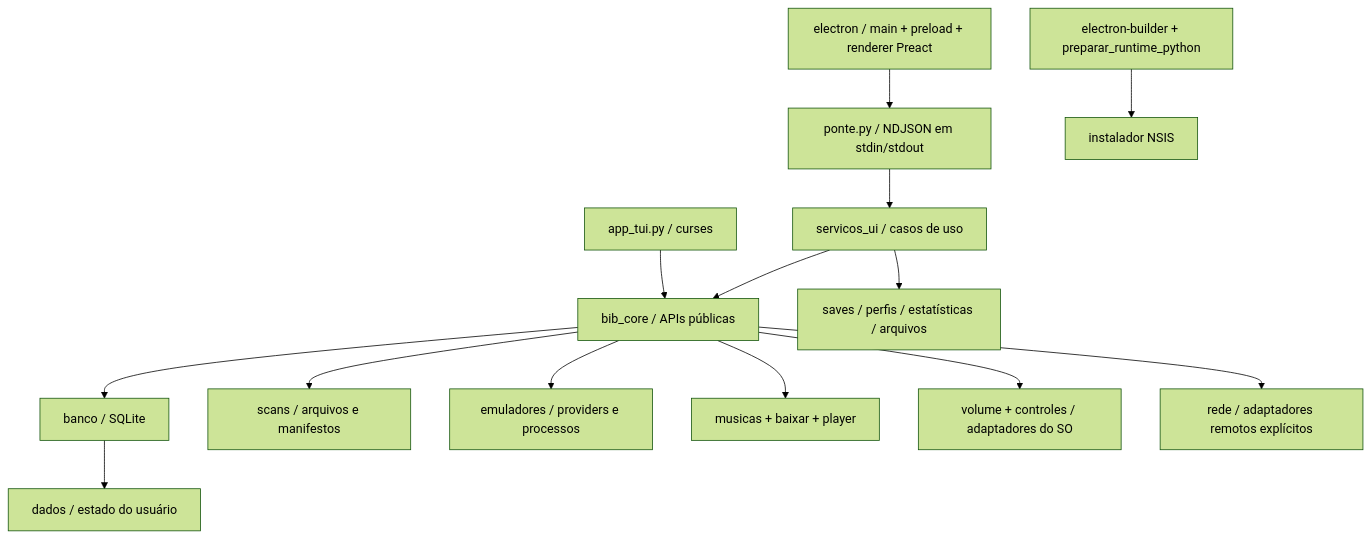
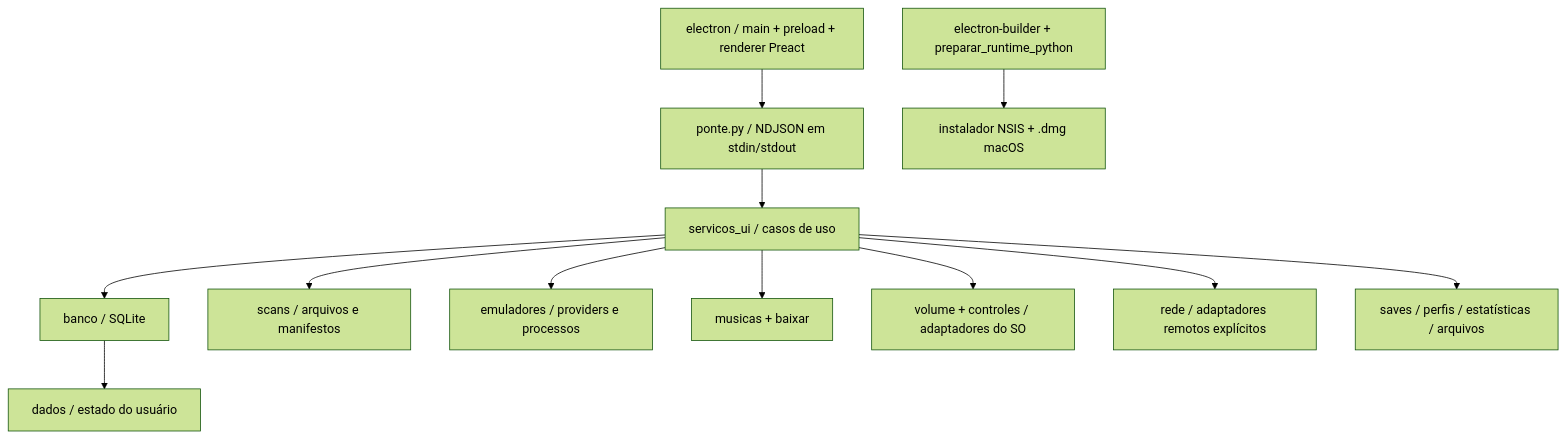
Before and after one commit to Artur-Lucena/TucoTeca: the diagram in docs/ARQUITETURA.md, drawn with Mermaid (forest theme). The commit also changed other lines of this file and 12 other files, not shown here.

````diff
--- a/docs/ARQUITETURA.md
+++ b/docs/ARQUITETURA.md
@@ -5,16 +5,14 @@
 ```mermaid
 flowchart TD
   Electron[electron / main + preload + renderer Preact] --> Ponte[ponte.py / NDJSON em stdin/stdout]
   Ponte --> Services[servicos_ui / casos de uso]
-  Services --> Compat[bib_core / APIs públicas]
-  TUI[app_tui.py / curses] --> Compat
-  Compat --> DB[banco / SQLite]
-  Compat --> Scan[scans / arquivos e manifestos]
-  Compat --> Emu[emuladores / providers e processos]
-  Compat --> Music[musicas + baixar + player]
-  Compat --> System[volume + controles / adaptadores do SO]
-  Compat --> Network[rede / adaptadores remotos explícitos]
+  Services --> DB[banco / SQLite]
+  Services --> Scan[scans / arquivos e manifestos]
+  Services --> Emu[emuladores / providers e processos]
+  Services --> Music[musicas + baixar]
+  Services --> System[volume + controles / adaptadores do SO]
+  Services --> Network[rede / adaptadores remotos explícitos]
   Services --> Personal[saves / perfis / estatísticas / arquivos]
   DB --> Dados[dados / estado do usuário]
-  Builder[electron-builder + preparar_runtime_python] --> Dist[instalador NSIS]
+  Builder[electron-builder + preparar_runtime_python] --> Dist[instalador NSIS + .dmg macOS]
 ```
````
